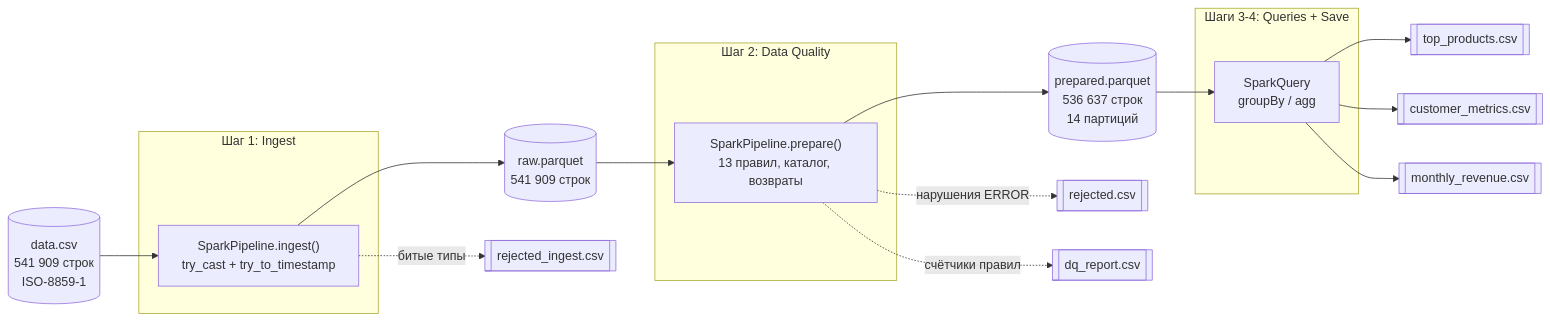
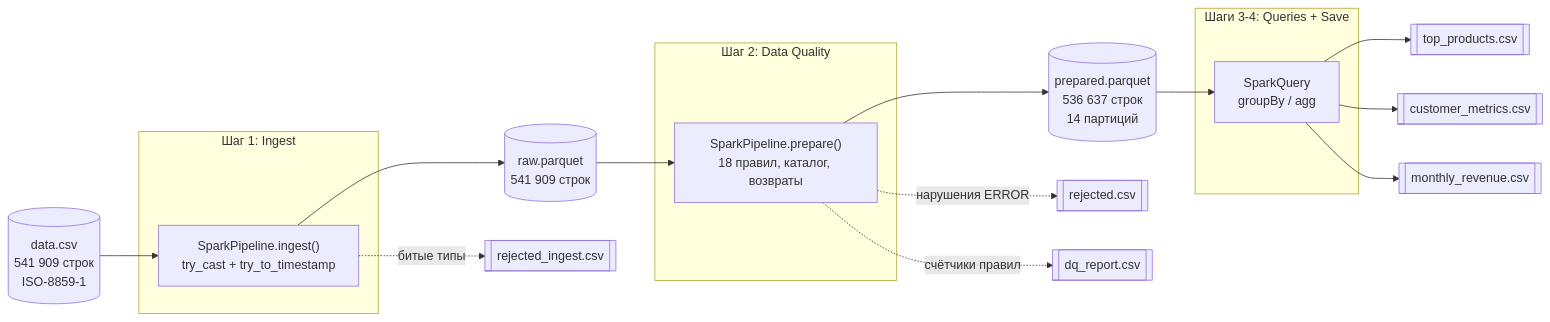
One commit to pochticeasar/data changed the first of 4 diagrams in docs/ARCHITECTURE.md. Above: the diagram before and after it, drawn with Mermaid. The commit also changed other lines of this file and 40 other files, not shown here.

````diff
--- a/docs/ARCHITECTURE.md
+++ b/docs/ARCHITECTURE.md
@@ -5,30 +5,30 @@
 ```mermaid
 flowchart LR
     CSV[("data.csv<br/>541 909 строк<br/>ISO-8859-1")]
 
     subgraph S1["Шаг 1: Ingest"]
         I["SparkPipeline.ingest()<br/>try_cast + try_to_timestamp"]
     end
     subgraph S2["Шаг 2: Data Quality"]
-        P["SparkPipeline.prepare()<br/>13 правил, каталог, возвраты"]
+        P["SparkPipeline.prepare()<br/>18 правил, каталог, возвраты"]
     end
     subgraph S34["Шаги 3-4: Queries + Save"]
         Q["SparkQuery<br/>groupBy / agg"]
     end
 
     RAW[("raw.parquet<br/>541 909 строк")]
     PREP[("prepared.parquet<br/>536 637 строк<br/>14 партиций")]
 
     RJ1[["rejected_ingest.csv"]]
     RJ2[["rejected.csv"]]
     DQ[["dq_report.csv"]]
     R1[["top_products.csv"]]
     R2[["customer_metrics.csv"]]
     R3[["monthly_revenue.csv"]]
 
     CSV --> I --> RAW --> P --> PREP --> Q
     I -. битые типы .-> RJ1
     P -. нарушения ERROR .-> RJ2
     P -. счётчики правил .-> DQ
     Q --> R1 & R2 & R3
 ```
````
